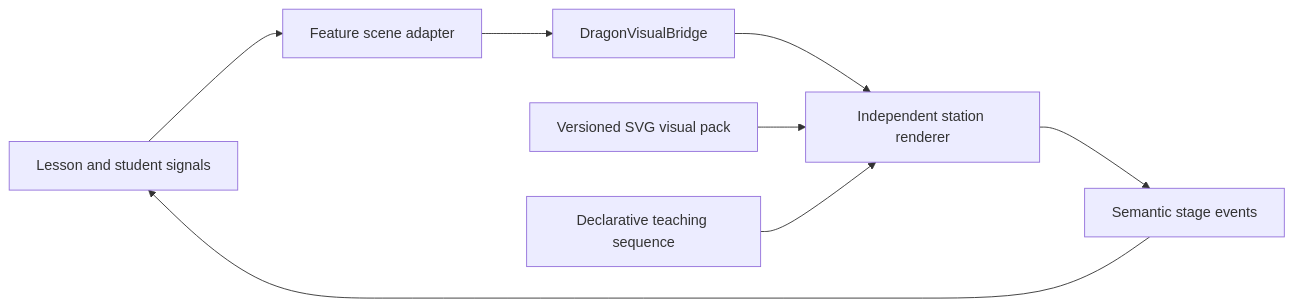
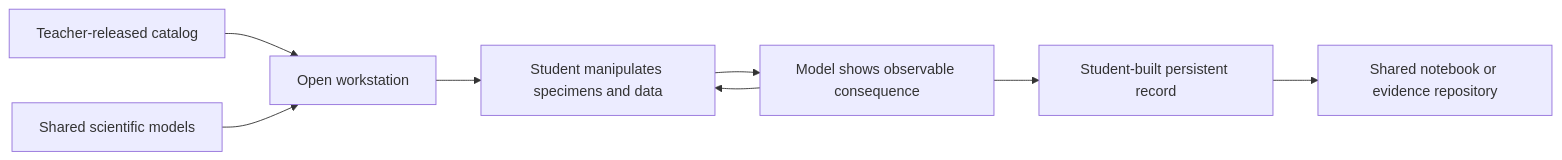
Before and after one commit to erichaas74/PBL-Forge: the diagram in docs/dragon-genetics-simulations/SIMULATION_BUILD_STANDARD.md, drawn with Mermaid. The commit also changed other lines of this file and 210 other files, not shown here.

````diff
--- a/docs/dragon-genetics-simulations/SIMULATION_BUILD_STANDARD.md
+++ b/docs/dragon-genetics-simulations/SIMULATION_BUILD_STANDARD.md
@@ -7,10 +24,10 @@
 ```mermaid
 flowchart LR
-  L[Lesson and student signals] --> A[Feature scene adapter]
-  A --> B[DragonVisualBridge]
-  B --> R[Independent station renderer]
-  P[Versioned SVG visual pack] --> R
-  T[Declarative teaching sequence] --> R
-  R --> E[Semantic stage events]
-  E --> L
+  T[Teacher-released catalog] --> W[Open workstation]
+  S[Shared scientific models] --> W
+  W --> M[Student manipulates specimens and data]
+  M --> O[Model shows observable consequence]
+  O --> M
+  O --> R[Student-built persistent record]
+  R --> N[Shared notebook or evidence repository]
 ```
````
